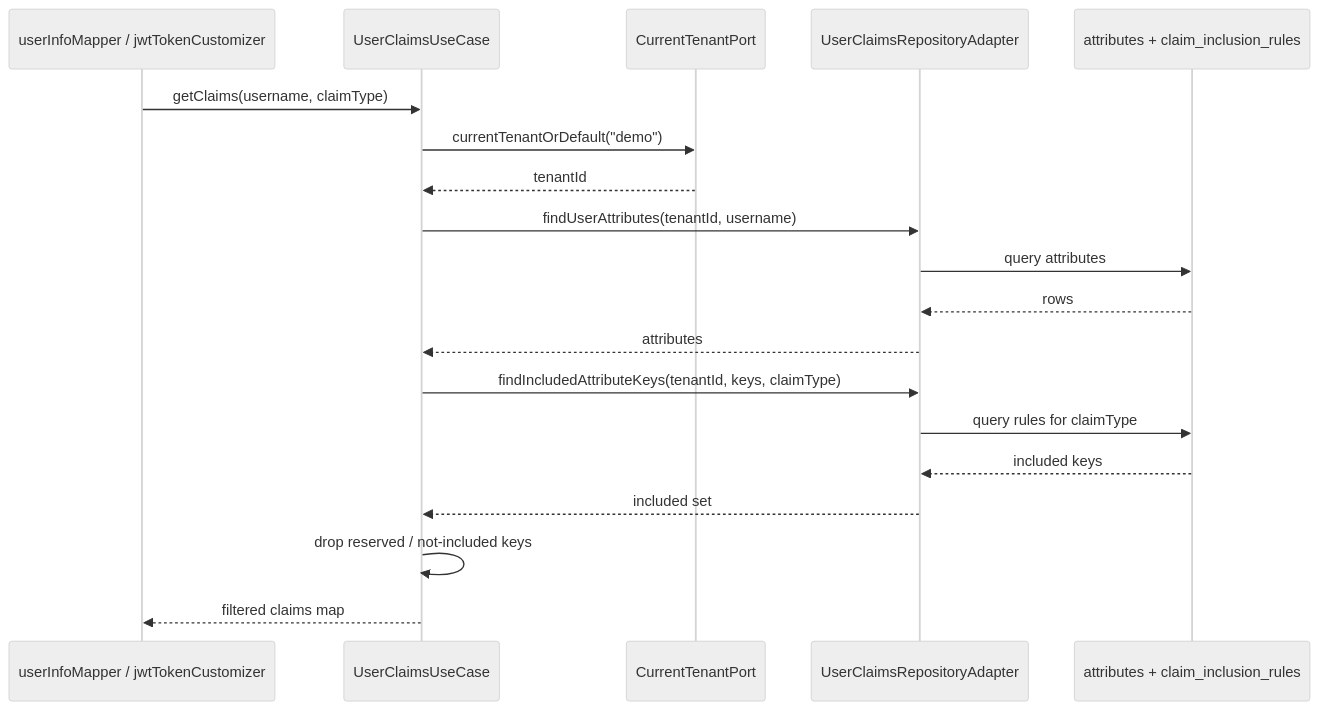
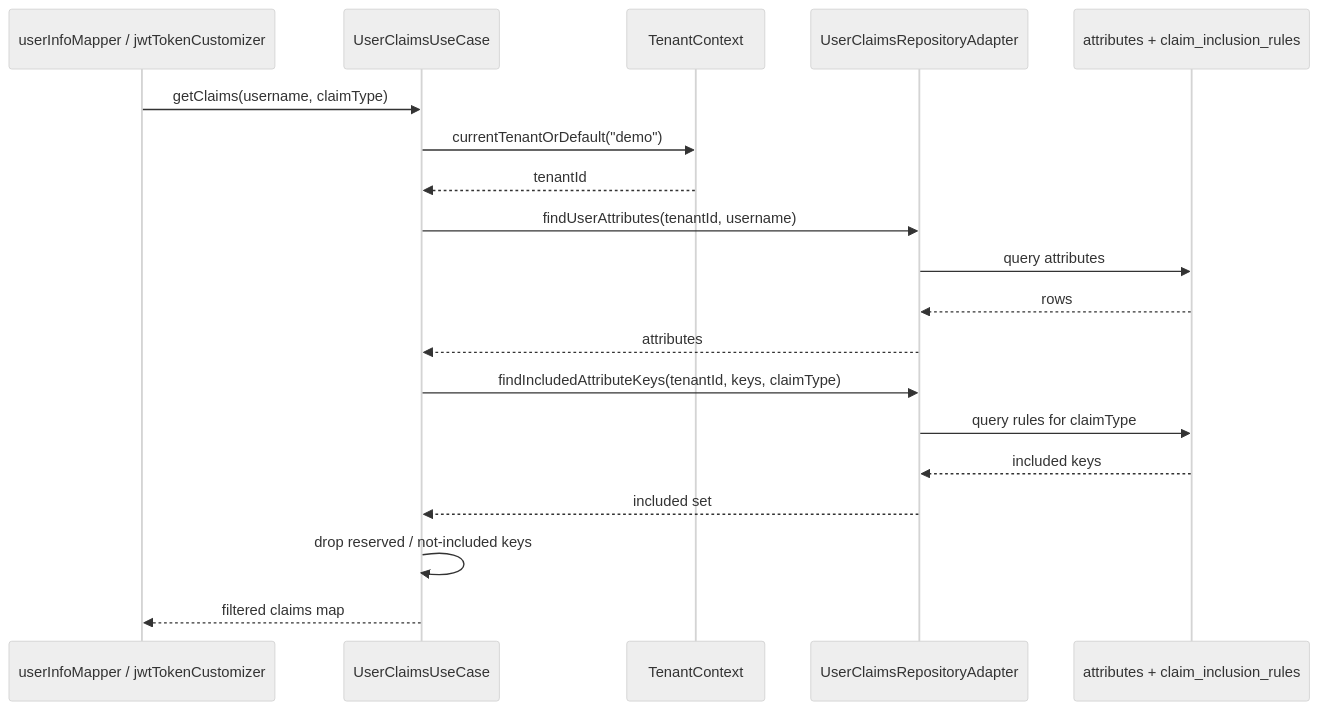
One commit to edmaputra/ed-auth changed the diagram in documentation/features/05-dynamic-claims.md. Above: the diagram before and after it, drawn with Mermaid (neutral theme). The commit also changed other lines of this file and 15 other files, not shown here.

````diff
--- a/documentation/features/05-dynamic-claims.md
+++ b/documentation/features/05-dynamic-claims.md
@@ -68,22 +67,22 @@
 ```mermaid
 sequenceDiagram
     participant Caller as userInfoMapper / jwtTokenCustomizer
     participant UC as UserClaimsUseCase
-    participant T as CurrentTenantPort
+    participant T as TenantContext
     participant D as UserClaimsRepositoryAdapter
     participant DB as attributes + claim_inclusion_rules
 
     Caller->>UC: getClaims(username, claimType)
     UC->>T: currentTenantOrDefault("demo")
     T-->>UC: tenantId
     UC->>D: findUserAttributes(tenantId, username)
     D->>DB: query attributes
     DB-->>D: rows
     D-->>UC: attributes
     UC->>D: findIncludedAttributeKeys(tenantId, keys, claimType)
     D->>DB: query rules for claimType
     DB-->>D: included keys
     D-->>UC: included set
     UC->>UC: drop reserved / not-included keys
     UC-->>Caller: filtered claims map
 ```
````
